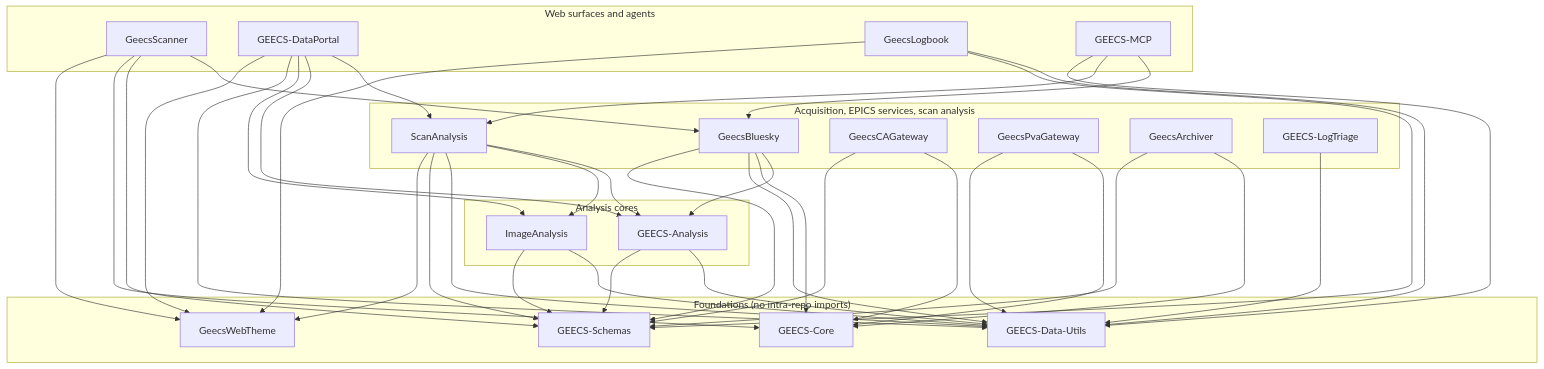
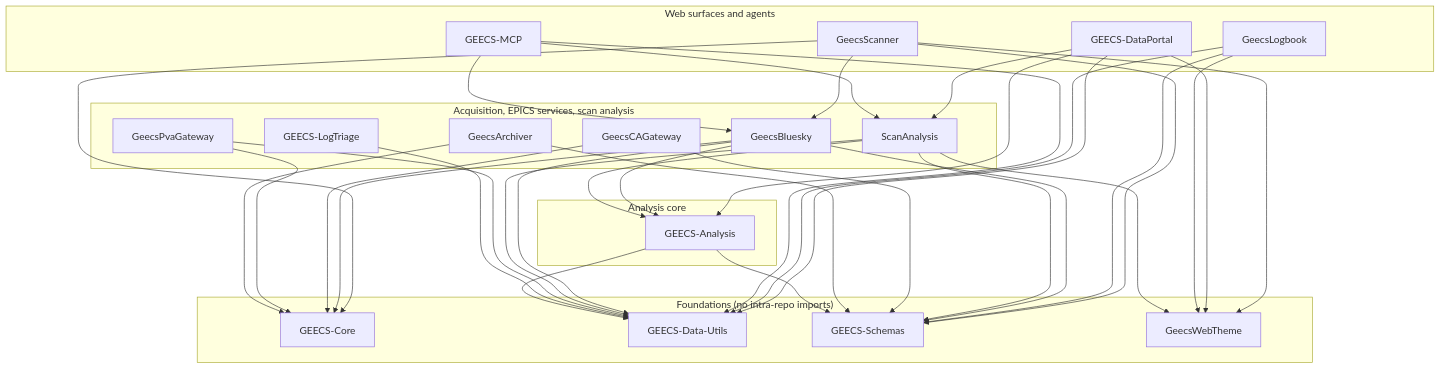
One commit to GEECS-BELLA/GEECS-Plugins changed the diagram in README.md. Above: the diagram before and after it, drawn with Mermaid. The commit also changed other lines of this file and 200 other files, not shown here.

First line of the commit message:
ImageAnalysis: delete the package; vendor services move to ScanAnalysis (#1039)

````diff
--- a/README.md
+++ b/README.md
@@ -46,39 +45,37 @@
 ```mermaid
 graph TD
   subgraph surfaces["Web surfaces and agents"]
     Scanner[GeecsScanner]
     Portal[GEECS-DataPortal]
     Logbook[GeecsLogbook]
     MCP[GEECS-MCP]
   end
   subgraph services["Acquisition, EPICS services, scan analysis"]
     Bluesky[GeecsBluesky]
     ScanAnalysis
     CAGW[GeecsCAGateway]
     PVAGW[GeecsPvaGateway]
     Archiver[GeecsArchiver]
     Triage[GEECS-LogTriage]
   end
-  subgraph analysis["Analysis cores"]
+  subgraph analysis["Analysis core"]
     Analysis[GEECS-Analysis]
-    ImageAnalysis
   end
   subgraph foundations["Foundations (no intra-repo imports)"]
     Core[GEECS-Core]
     DataUtils[GEECS-Data-Utils]
     Schemas[GEECS-Schemas]
     Theme[GeecsWebTheme]
   end
   Scanner --> Bluesky & Schemas & Core & Theme
-  Portal --> ScanAnalysis & Analysis & ImageAnalysis & DataUtils & Theme
+  Portal --> ScanAnalysis & Analysis & DataUtils & Theme
   Logbook --> DataUtils & Schemas & Theme
   MCP --> Bluesky & ScanAnalysis & DataUtils
   Bluesky --> Analysis & Core & DataUtils & Schemas
-  ScanAnalysis --> Analysis & ImageAnalysis & DataUtils & Schemas & Theme
+  ScanAnalysis --> Analysis & DataUtils & Schemas & Theme
   CAGW --> Core & Schemas
   PVAGW --> Core & DataUtils
   Archiver --> Core & Schemas
   Triage --> DataUtils
   Analysis --> DataUtils & Schemas
-  ImageAnalysis --> DataUtils & Schemas
 ```
````
